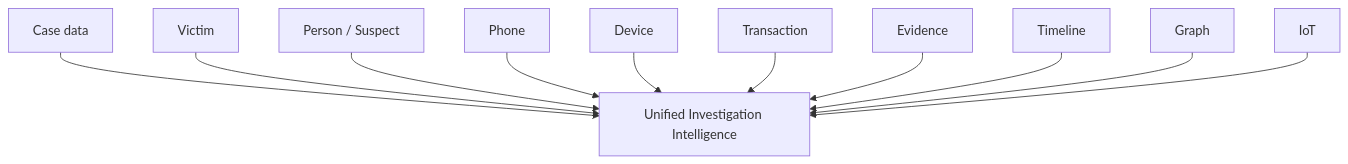
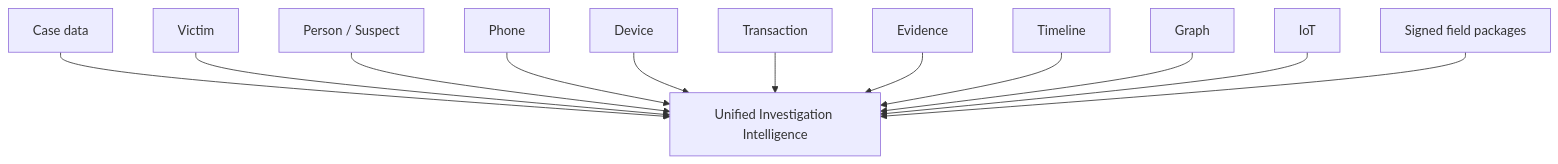
The second of 8 diagrams in README.md (0xhroot/cybersaarthi), drawn with Mermaid before and after one commit. The commit also changed other lines of this file and 31 other files, not shown here.

````diff
--- a/README.md
+++ b/README.md
@@ -131,14 +136,15 @@
 ```mermaid
 flowchart TB
     C["Case data"] --> U
     V["Victim"] --> U
     S["Person / Suspect"] --> U
     P["Phone"] --> U
     D["Device"] --> U
     T["Transaction"] --> U
     E["Evidence"] --> U
     L["Timeline"] --> U
     G["Graph"] --> U
     I["IoT"] --> U
+    FG["Signed field packages"] --> U
     U["Unified Investigation Intelligence"]
 ```
````
